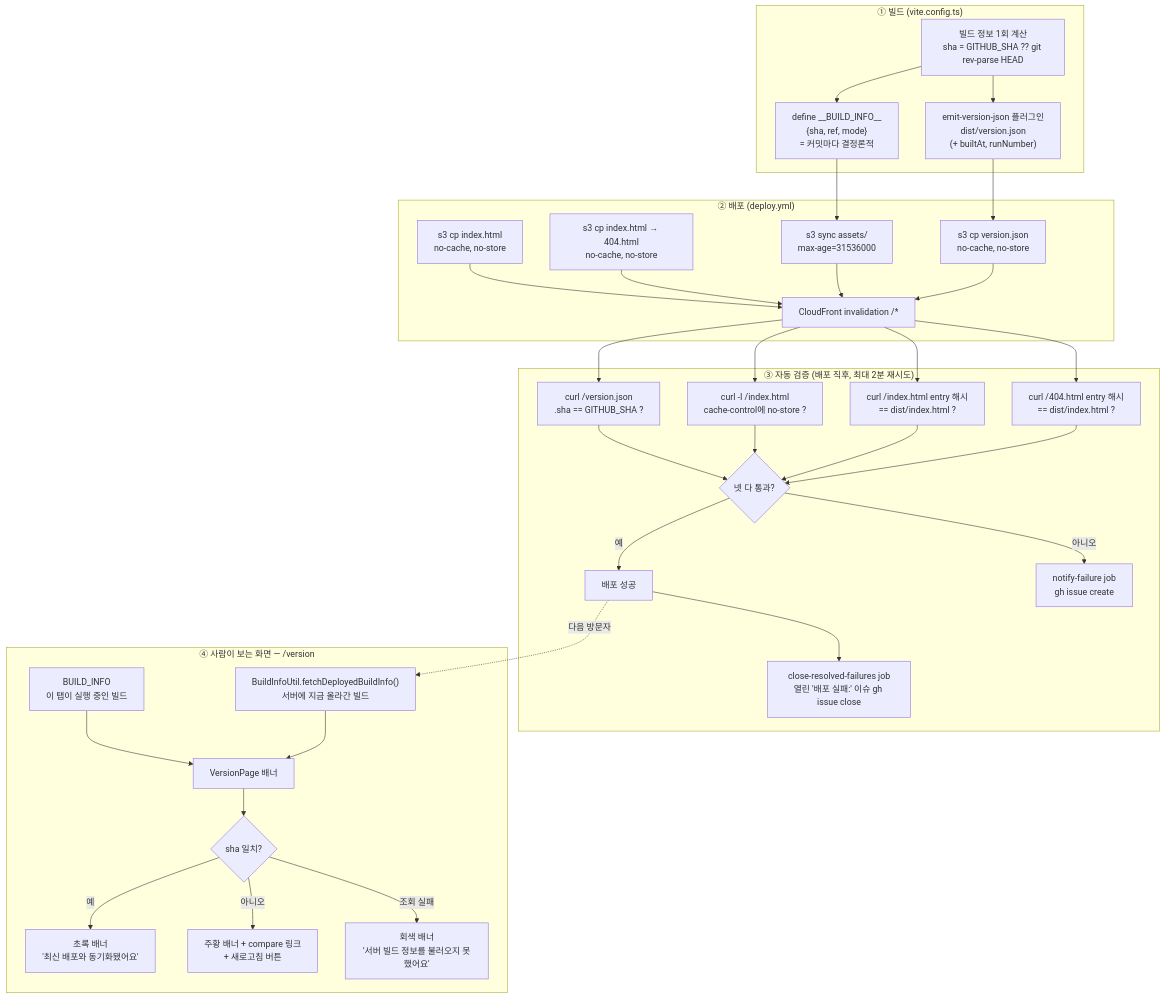
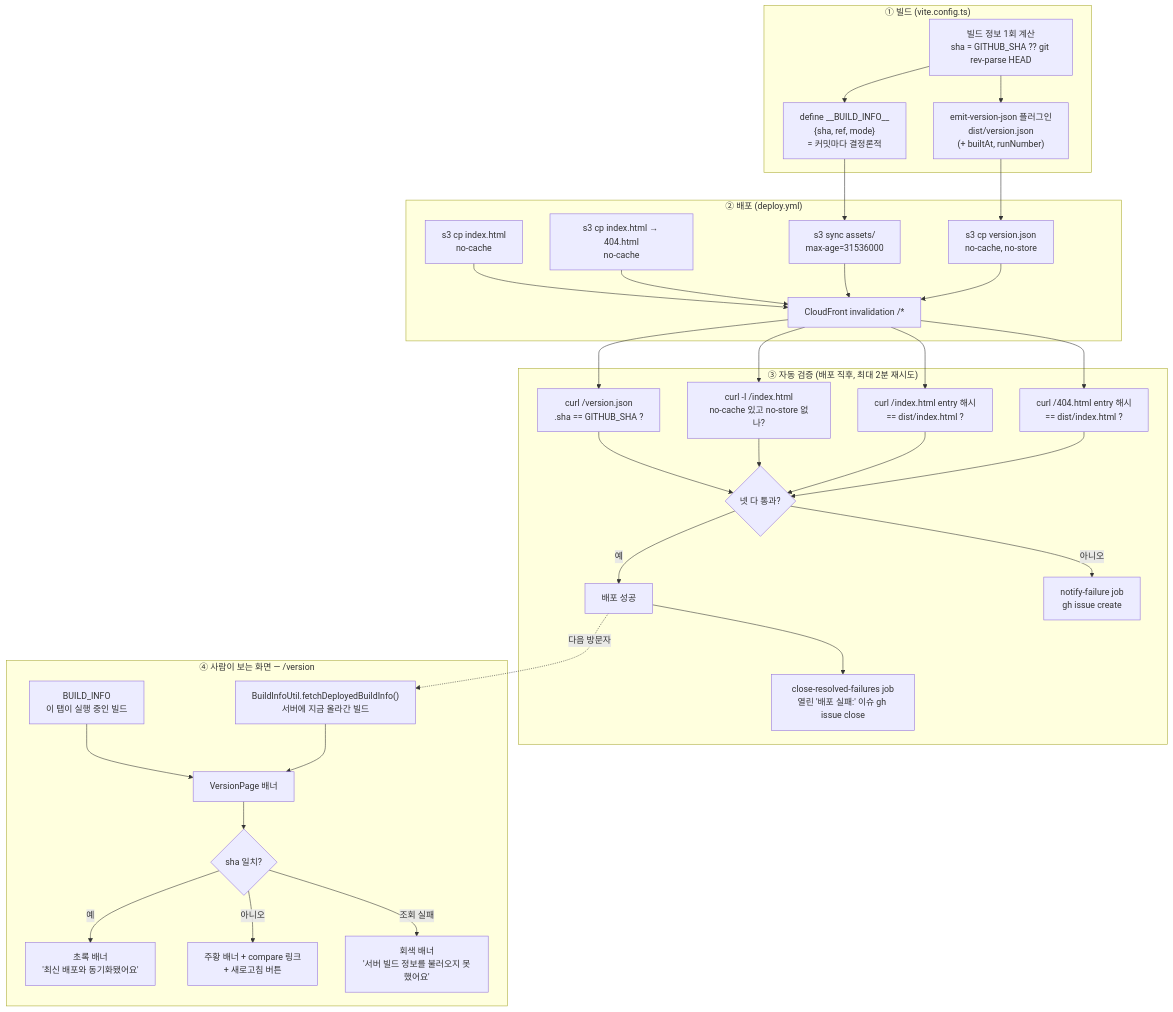
Before and after one commit to BAECHAN/link-sphere_FE_NEW: the diagram in docs/BUILD-VERSION.md, drawn with Mermaid. The commit also changed other lines of this file and 9 other files, not shown here.

````diff
--- a/docs/BUILD-VERSION.md
+++ b/docs/BUILD-VERSION.md
@@ -34,42 +34,42 @@
 ```mermaid
 flowchart TD
   subgraph BUILD["① 빌드 (vite.config.ts)"]
     A["빌드 정보 1회 계산<br/>sha = GITHUB_SHA ?? git rev-parse HEAD"]
     A --> B["define __BUILD_INFO__<br/>{sha, ref, mode}<br/>= 커밋마다 결정론적"]
     A --> C["emit-version-json 플러그인<br/>dist/version.json<br/>(+ builtAt, runNumber)"]
   end
 
   subgraph DEPLOY["② 배포 (deploy.yml)"]
     B --> D["s3 sync assets/<br/>max-age=31536000"]
     C --> E["s3 cp version.json<br/>no-cache, no-store"]
-    F["s3 cp index.html<br/>no-cache, no-store"] --> G["CloudFront invalidation /*"]
-    F2["s3 cp index.html → 404.html<br/>no-cache, no-store"] --> G
+    F["s3 cp index.html<br/>no-cache"] --> G["CloudFront invalidation /*"]
+    F2["s3 cp index.html → 404.html<br/>no-cache"] --> G
     D --> G
     E --> G
   end
 
   subgraph VERIFY["③ 자동 검증 (배포 직후, 최대 2분 재시도)"]
     G --> H["curl /version.json<br/>.sha == GITHUB_SHA ?"]
-    G --> I["curl -I /index.html<br/>cache-control에 no-store ?"]
+    G --> I["curl -I /index.html<br/>no-cache 있고 no-store 없나?"]
     G --> J["curl /index.html entry 해시<br/>== dist/index.html ?"]
     G --> J2["curl /404.html entry 해시<br/>== dist/index.html ?"]
     H --> K{"넷 다 통과?"}
     I --> K
     J --> K
     J2 --> K
     K -->|예| M["배포 성공"]
     M --> M2["close-resolved-failures job<br/>열린 '배포 실패:' 이슈 gh issue close"]
     K -->|아니오| L["notify-failure job<br/>gh issue create"]
   end
 
   subgraph SCREEN["④ 사람이 보는 화면 — /version"]
     N["BUILD_INFO<br/>이 탭이 실행 중인 빌드"] --> P["VersionPage 배너"]
     O["BuildInfoUtil.fetchDeployedBuildInfo()<br/>서버에 지금 올라간 빌드"] --> P
     P --> R{"sha 일치?"}
     R -->|예| S["초록 배너<br/>'최신 배포와 동기화됐어요'"]
     R -->|아니오| T["주황 배너 + compare 링크<br/>+ 새로고침 버튼"]
     R -->|조회 실패| U["회색 배너<br/>'서버 빌드 정보를 불러오지 못했어요'"]
   end
 
   M -.->|다음 방문자| O
 ```
````
